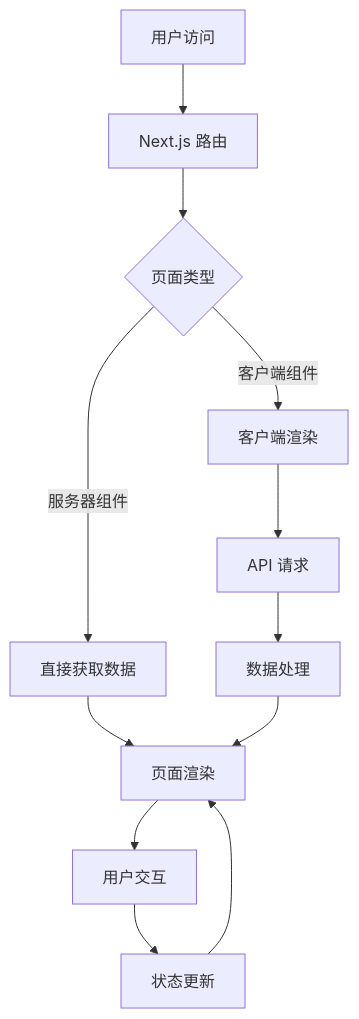
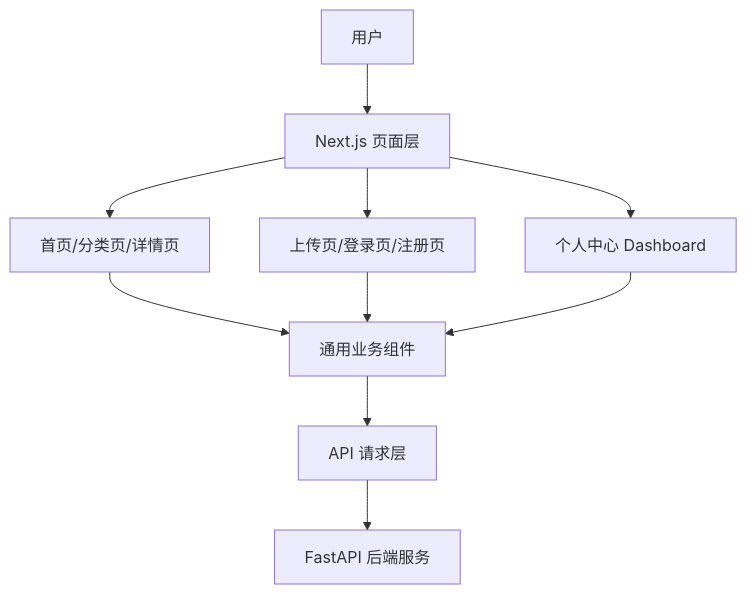
The first of 3 diagrams in docs/architecture.md (xzy111222333/LearnX), drawn with Mermaid before and after one commit. The commit also changed other lines of this file and 3 other files, not shown here.

````diff
--- a/docs/architecture.md
+++ b/docs/architecture.md
@@ -94,14 +55,12 @@
 ```mermaid
 flowchart TD
-    A[用户访问] --> B[Next.js 路由]
-    B --> C{页面类型}
-    C -->|服务器组件| D[直接获取数据]
-    C -->|客户端组件| E[客户端渲染]
-    D --> F[页面渲染]
-    E --> G[API 请求]
-    G --> H[数据处理]
-    H --> F
-    F --> I[用户交互]
-    I --> J[状态更新]
-    J --> F
+    A[用户] --> B[Next.js 页面层]
+    B --> C[首页/分类页/详情页]
+    B --> D[上传页/登录页/注册页]
+    B --> E[个人中心 Dashboard]
+    C --> F[通用业务组件]
+    D --> F
+    E --> F
+    F --> G[API 请求层]
+    G --> H[FastAPI 后端服务]
 ```
````
